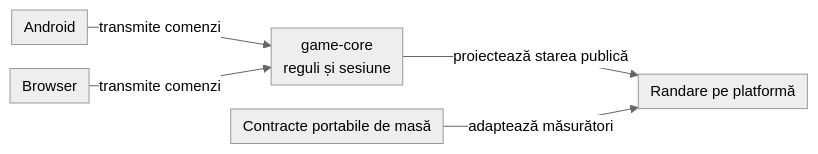
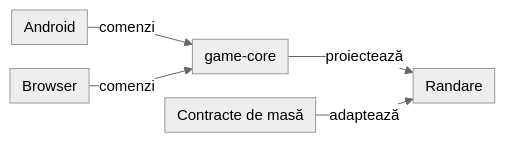
One commit to crististefanita/whist changed the first of 4 diagrams in README.md. Above: the diagram before and after it, drawn with Mermaid. The commit also changed other lines of this file, not shown here.

Commit message:
docs: pastreaza diagramele prezentarii in limitele compacte

````diff
--- a/README.md
+++ b/README.md
@@ -25,13 +25,13 @@
 ```mermaid
 %%{init: {"theme":"neutral","themeVariables":{"fontSize":"15px"},"themeCSS":".edgeLabel, .edgeLabel p { font-size: 12px !important; } .node rect { rx: 6px; ry: 6px; }","flowchart":{"curve":"linear","nodeSpacing":24,"rankSpacing":20,"padding":6},"sequence":{"mirrorActors":false,"messageMargin":24}}}%%
 flowchart LR
     Android["Android"]
     Web["Browser"]
-    Engine["game-core<br/>reguli și sesiune"]
-    Table["Contracte portabile de masă"]
-    View["Randare pe platformă"]
-    Android -->|transmite comenzi| Engine
-    Web -->|transmite comenzi| Engine
-    Engine -->|proiectează starea publică| View
-    Table -->|adaptează măsurători| View
+    Engine["game-core"]
+    Table["Contracte de masă"]
+    View["Randare"]
+    Android -->|comenzi| Engine
+    Web -->|comenzi| Engine
+    Engine -->|proiectează| View
+    Table -->|adaptează| View
 ```
````
